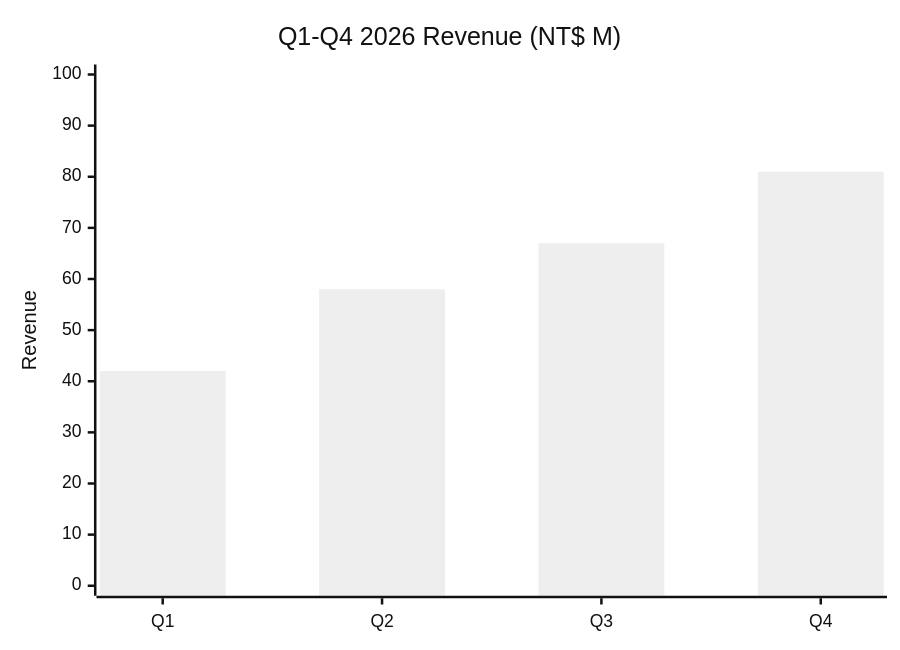
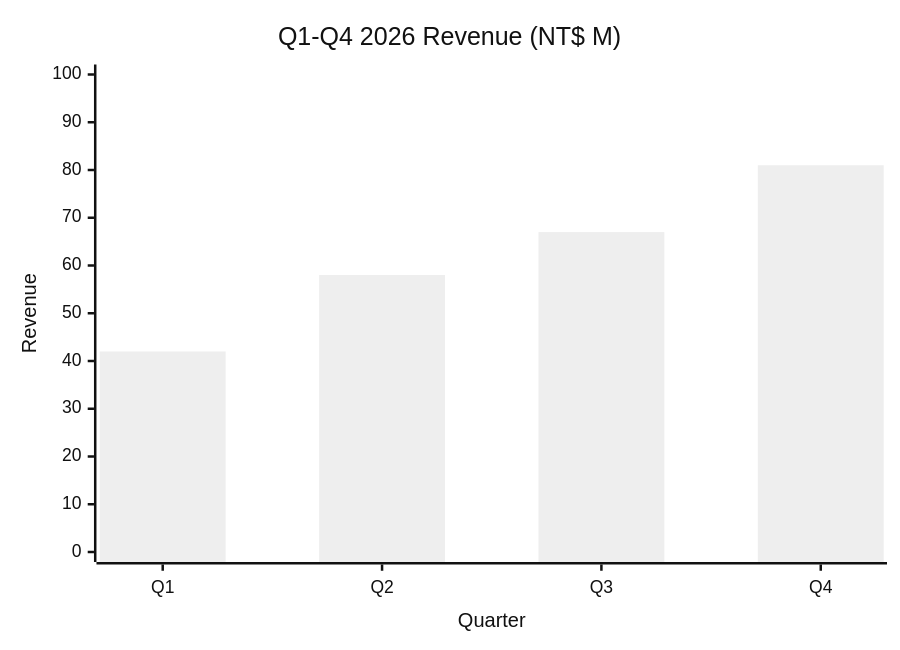
One commit to kouko/monkey-skills changed the first of 13 diagrams in obsidian/skills/obsidian-mermaid-visualizer/data-viz/xychart.md. Above: the diagram before and after it, drawn with Mermaid (neutral theme). The commit also changed other lines of this file and 3 other files, not shown here.

````diff
--- a/obsidian/skills/obsidian-mermaid-visualizer/data-viz/xychart.md
+++ b/obsidian/skills/obsidian-mermaid-visualizer/data-viz/xychart.md
@@ -22,7 +22,7 @@
 ```mermaid
 xychart-beta
     title "Q1-Q4 2026 Revenue (NT$ M)"
-    x-axis ["Q1", "Q2", "Q3", "Q4"]
+    x-axis "Quarter" ["Q1", "Q2", "Q3", "Q4"]
     y-axis "Revenue" 0 --> 100
     bar [42, 58, 67, 81]
 ```
````
